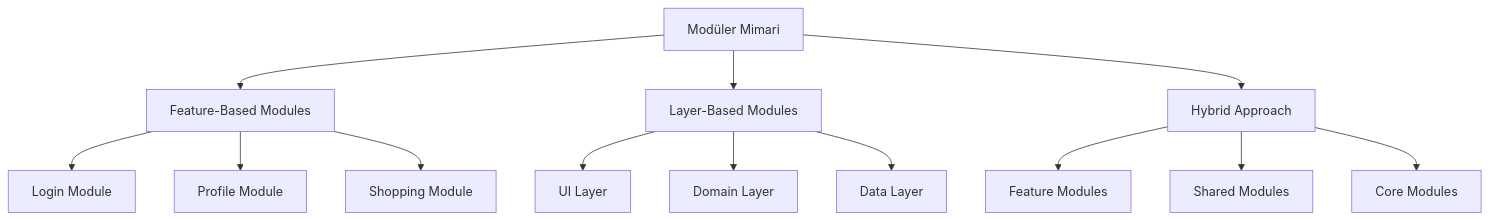
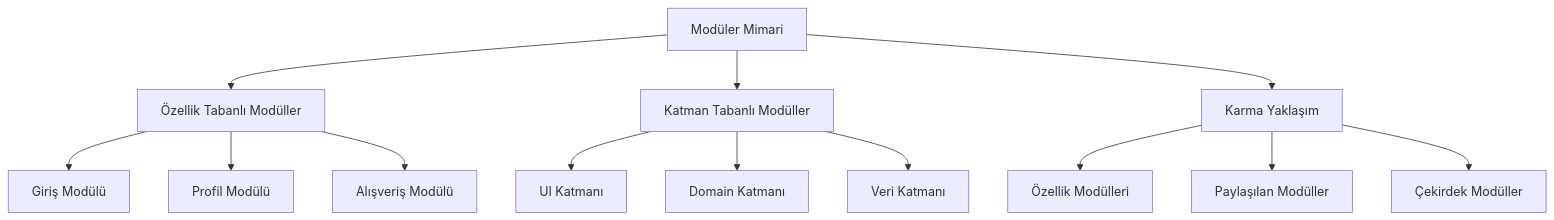
One commit to endmr11/system_design changed the first of 5 diagrams in mobile/architecture/patterns.md. Above: the diagram before and after it, drawn with Mermaid. The commit also changed other lines of this file and 6 other files, not shown here.

````diff
--- a/mobile/architecture/patterns.md
+++ b/mobile/architecture/patterns.md
@@ -31,18 +31,18 @@
 ```mermaid
 graph TD
-    A[Modüler Mimari] --> B[Feature-Based Modules]
-    A --> C[Layer-Based Modules]
-    A --> D[Hybrid Approach]
+    A[Modüler Mimari] --> B[Özellik Tabanlı Modüller]
+    A --> C[Katman Tabanlı Modüller]
+    A --> D[Karma Yaklaşım]
     
-    B --> B1[Login Module]
-    B --> B2[Profile Module]
-    B --> B3[Shopping Module]
+    B --> B1[Giriş Modülü]
+    B --> B2[Profil Modülü]
+    B --> B3[Alışveriş Modülü]
     
-    C --> C1[UI Layer]
-    C --> C2[Domain Layer]
-    C --> C3[Data Layer]
+    C --> C1[UI Katmanı]
+    C --> C2[Domain Katmanı]
+    C --> C3[Veri Katmanı]
     
-    D --> D1[Feature Modules]
-    D --> D2[Shared Modules]
-    D --> D3[Core Modules]
+    D --> D1[Özellik Modülleri]
+    D --> D2[Paylaşılan Modüller]
+    D --> D3[Çekirdek Modüller]
 ```
````
